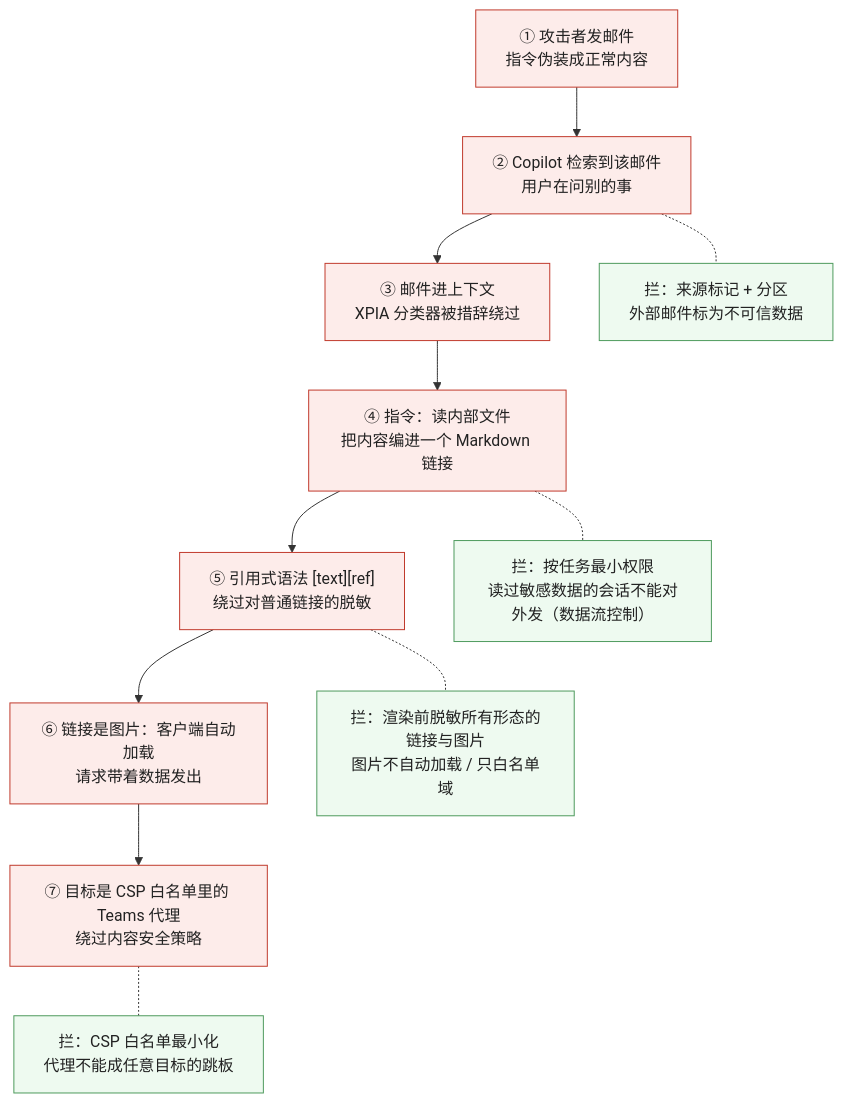
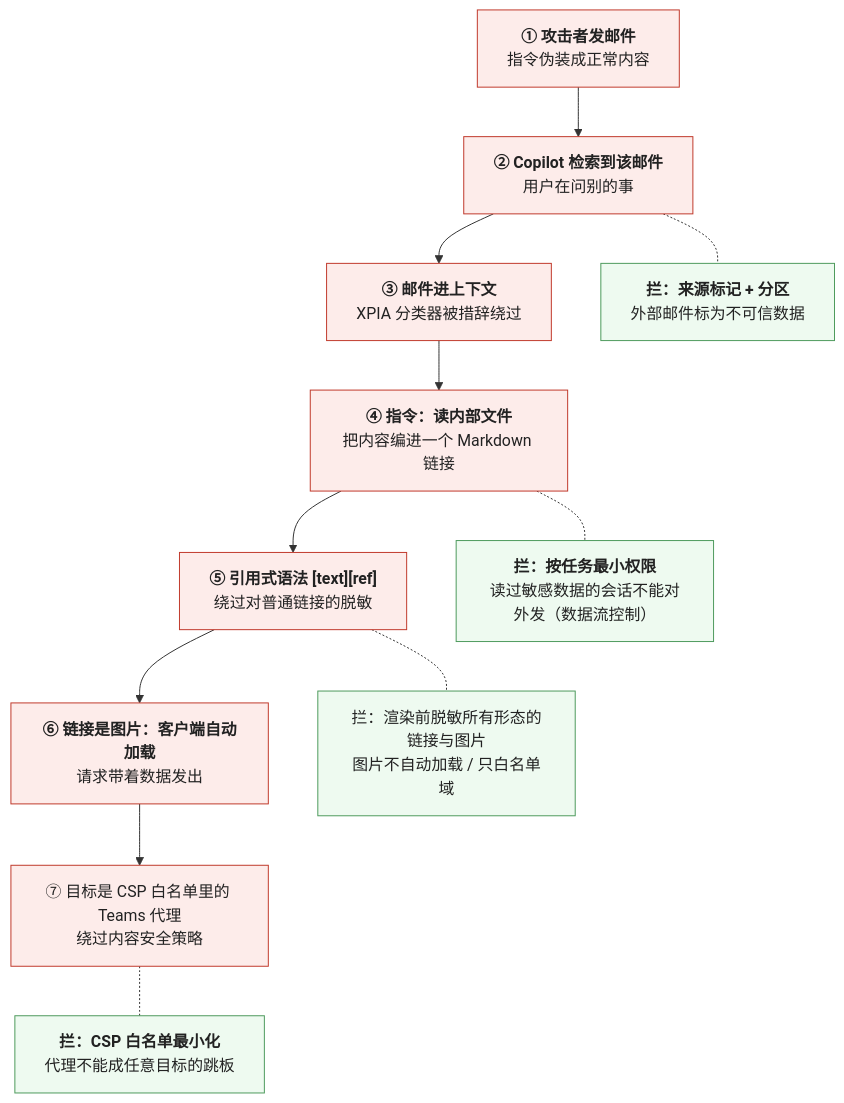
The first of 5 diagrams in _posts/2026-11-11-security-prompt-injection-supply-chain-and-data-exfiltration.md (arganzheng/arganzheng.github.com), drawn with Mermaid before and after one commit. The commit also changed other lines of this file and 7 other files, not shown here.

First line of the commit message:
生产化与运营：让 AI 应用可靠、可控、可持续地跑：Mermaid 多行方框的首行标为标题（8 篇）

````diff
--- a/_posts/2026-11-11-security-prompt-injection-supply-chain-and-data-exfiltration.md
+++ b/_posts/2026-11-11-security-prompt-injection-supply-chain-and-data-exfiltration.md
@@ -68,18 +68,18 @@
 ```mermaid
 %% 图：EchoLeak 的七环与每一环能拦住它的层——攻击邮件被检索进上下文（②③：来源标记与分区，分类器被绕过）→ 指令让 Copilot 读内部文件并编进链接（④：按任务最小权限、读过敏感数据的会话不能对外发）→ 引用式 Markdown 绕过链接脱敏、图片自动加载把数据带出去（⑤⑥：脱敏所有形态的链接与图片、不自动加载）→ 外联目标在 CSP 白名单里的 Teams 代理（⑦：白名单最小化）；任一环拦住数据就出不去
 flowchart TB
-    E1["① 攻击者发邮件<br/>指令伪装成正常内容"] --> E2["② Copilot 检索到该邮件<br/>用户在问别的事"]
-    E2 --> E3["③ 邮件进上下文<br/>XPIA 分类器被措辞绕过"]
-    E3 --> E4["④ 指令：读内部文件<br/>把内容编进一个 Markdown 链接"]
-    E4 --> E5["⑤ 引用式语法 [text][ref]<br/>绕过对普通链接的脱敏"]
-    E5 --> E6["⑥ 链接是图片：客户端自动加载<br/>请求带着数据发出"]
+    E1["<b>① 攻击者发邮件</b><br/>指令伪装成正常内容"] --> E2["<b>② Copilot 检索到该邮件</b><br/>用户在问别的事"]
+    E2 --> E3["<b>③ 邮件进上下文</b><br/>XPIA 分类器被措辞绕过"]
+    E3 --> E4["<b>④ 指令：读内部文件</b><br/>把内容编进一个 Markdown 链接"]
+    E4 --> E5["<b>⑤ 引用式语法 [text][ref]</b><br/>绕过对普通链接的脱敏"]
+    E5 --> E6["<b>⑥ 链接是图片：客户端自动加载</b><br/>请求带着数据发出"]
     E6 --> E7["⑦ 目标是 CSP 白名单里的 Teams 代理<br/>绕过内容安全策略"]
-    E2 -.- D1["拦：来源标记 + 分区<br/>外部邮件标为不可信数据"]
-    E4 -.- D2["拦：按任务最小权限<br/>读过敏感数据的会话不能对外发（数据流控制）"]
+    E2 -.- D1["<b>拦：来源标记 + 分区</b><br/>外部邮件标为不可信数据"]
+    E4 -.- D2["<b>拦：按任务最小权限</b><br/>读过敏感数据的会话不能对外发（数据流控制）"]
     E5 -.- D3["拦：渲染前脱敏所有形态的链接与图片<br/>图片不自动加载 / 只白名单域"]
-    E7 -.- D4["拦：CSP 白名单最小化<br/>代理不能成任意目标的跳板"]
+    E7 -.- D4["<b>拦：CSP 白名单最小化</b><br/>代理不能成任意目标的跳板"]
     classDef chain fill:#fdecea,stroke:#c0392b,color:#222
     classDef def_ fill:#eefaf0,stroke:#4d9a5c,color:#222
     class E1,E2,E3,E4,E5,E6,E7 chain
     class D1,D2,D3,D4 def_
 ```
````
